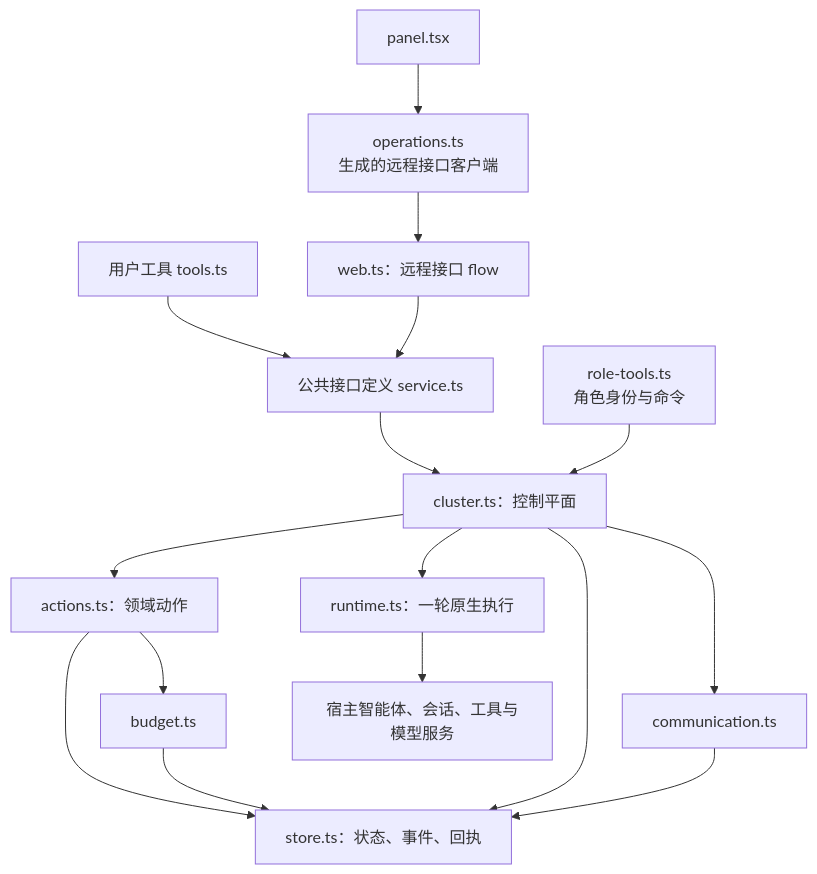
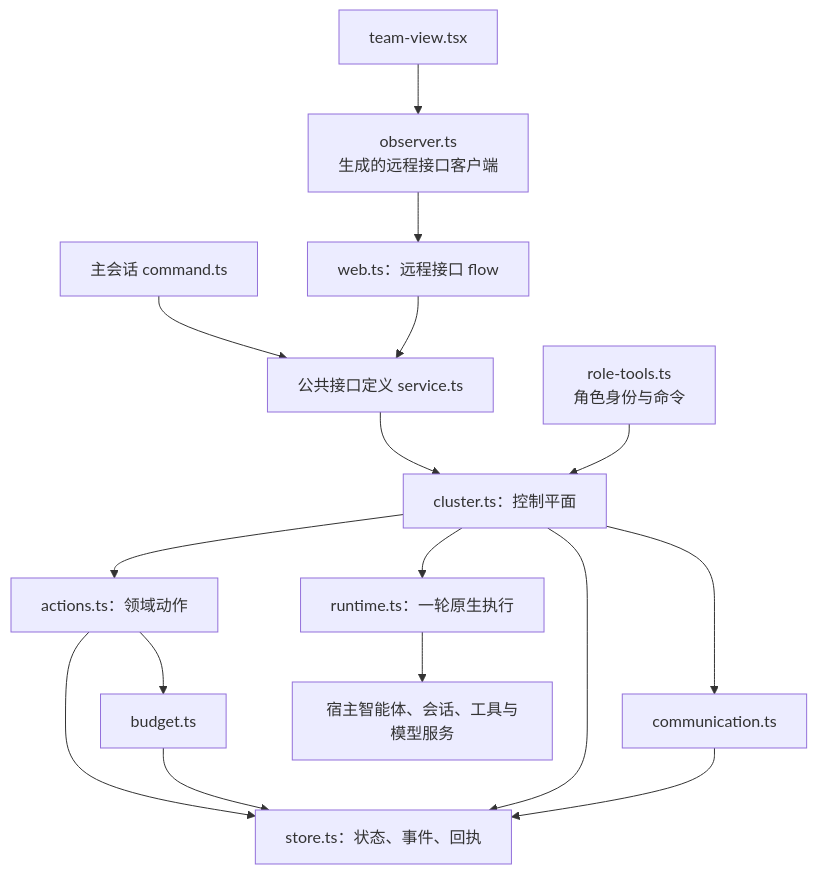
The diagram in docs/design/development/code-structure.md (Luohaothu/dsh-flow), drawn with Mermaid before and after one commit. The commit also changed other lines of this file and 113 other files, not shown here.

````diff
--- a/docs/design/development/code-structure.md
+++ b/docs/design/development/code-structure.md
@@ -42,18 +48,18 @@
 ```mermaid
 flowchart TD
-    UserTools["用户工具 tools.ts"] --> Service["公共接口定义 service.ts"]
-    Panel["panel.tsx"] --> Client["operations.ts<br/>生成的远程接口客户端"]
+    UserTools["主会话 command.ts"] --> Service["公共接口定义 service.ts"]
+    Panel["team-view.tsx"] --> Client["observer.ts<br/>生成的远程接口客户端"]
     Client --> Remote["web.ts：远程接口 flow"]
     Remote --> Service
     Service --> Cluster["cluster.ts：控制平面"]
     Role["role-tools.ts<br/>角色身份与命令"] --> Cluster
     Cluster --> Actions["actions.ts：领域动作"]
     Cluster --> Runtime["runtime.ts：一轮原生执行"]
     Actions --> Store["store.ts：状态、事件、回执"]
     Cluster --> Store
     Actions --> Budget["budget.ts"]
     Cluster --> Comm["communication.ts"]
     Budget --> Store
     Comm --> Store
     Runtime --> Host["宿主智能体、会话、工具与模型服务"]
 ```
````
